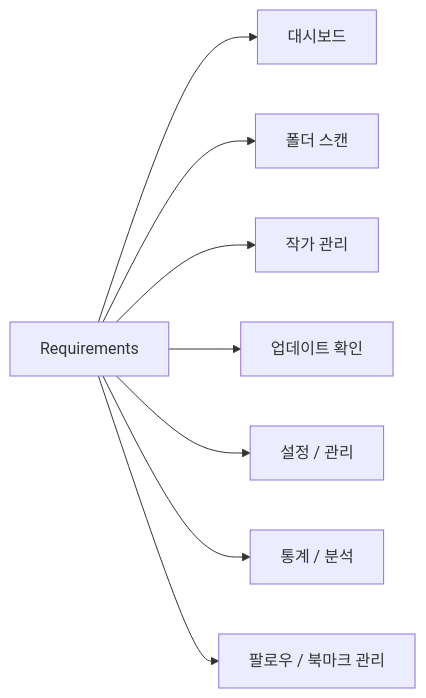
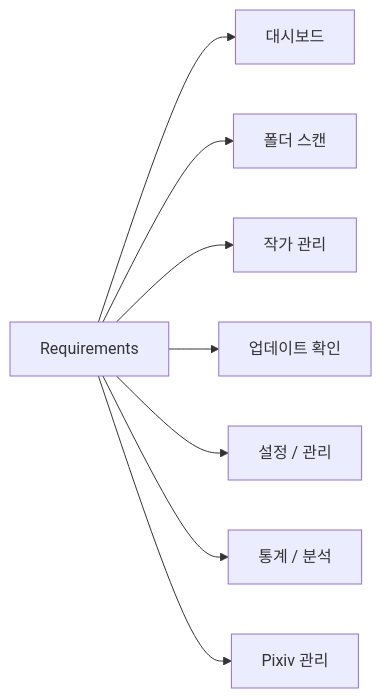
Before and after one commit to PKT0623/PixivLocalManager: the diagram in docs/02_REQUIREMENTS.md, drawn with Mermaid. The commit also changed other lines of this file and 10 other files, not shown here.

````diff
--- a/docs/02_REQUIREMENTS.md
+++ b/docs/02_REQUIREMENTS.md
@@ -5,13 +5,13 @@
-```mermaid id="z6s8d4"
+```mermaid
 flowchart LR
 
 REQ[Requirements]
 
 REQ --> DASHBOARD[대시보드]
 REQ --> SCAN[폴더 스캔]
 REQ --> ARTIST[작가 관리]
 REQ --> UPDATE[업데이트 확인]
 REQ --> SETTINGS[설정 / 관리]
 REQ --> STATISTICS[통계 / 분석]
-REQ --> FOLLOW[팔로우 / 북마크 관리]
+REQ --> PIXIV[Pixiv 관리]
 ```
````
